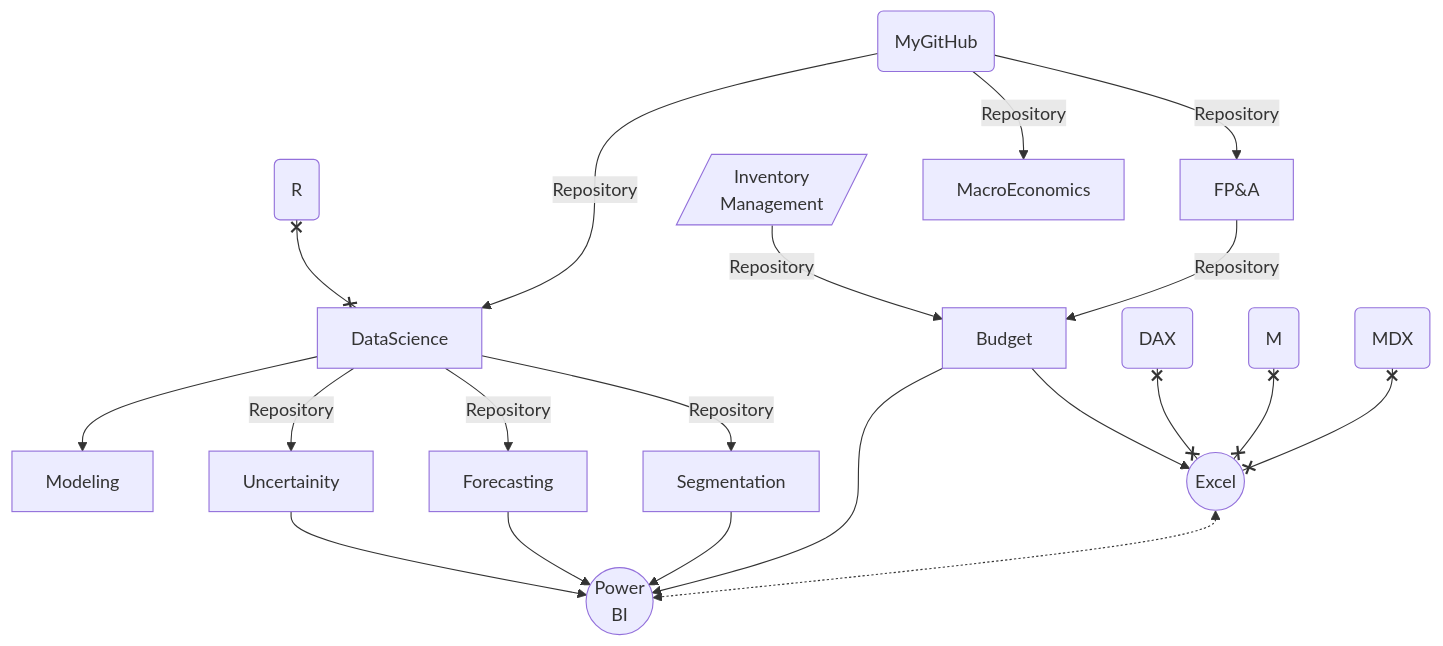
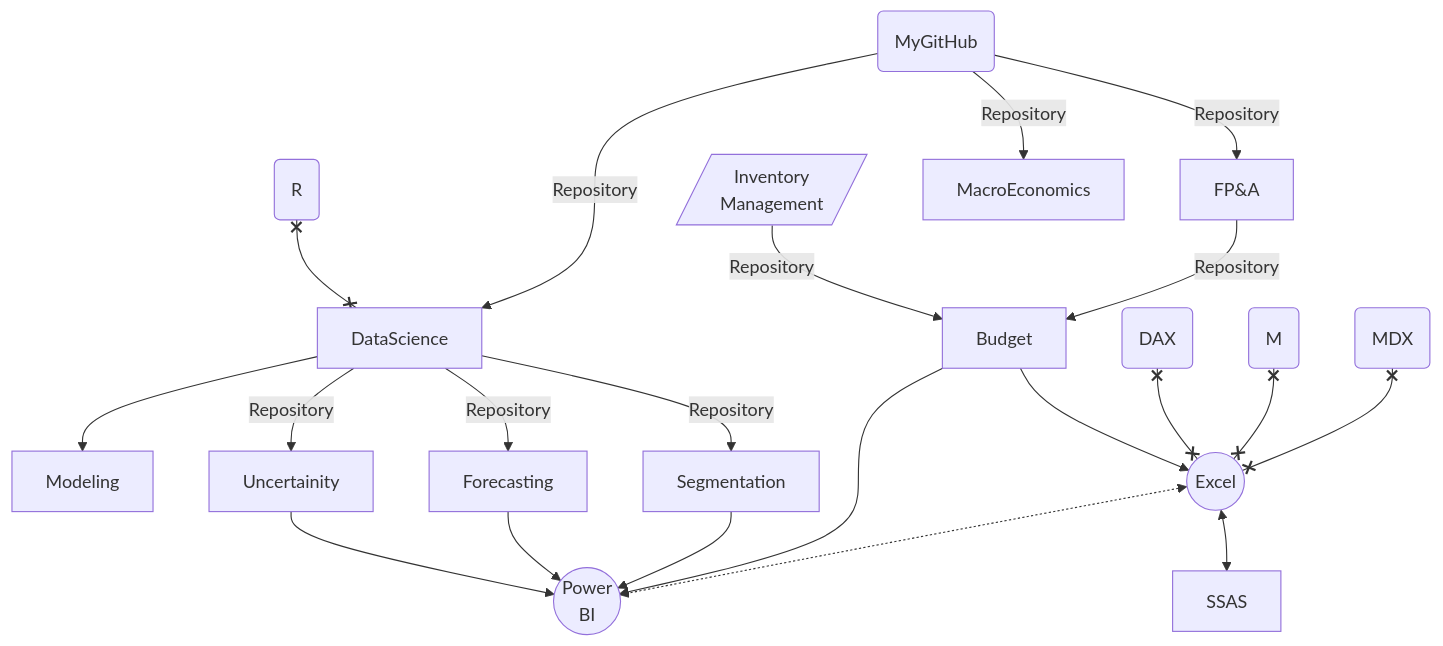
Before and after one commit to md3629/md3629: the diagram in README.md, drawn with Mermaid.

````diff
--- a/README.md
+++ b/README.md
@@ -9,23 +9,23 @@
 ```mermaid
 graph TD;
     my(MyGitHub)-->|Repository|FP&A;
     Inv[/Inventory<br>Management/]-->|Repository|Budget;
     FP&A-->|Repository|Budget;
     R( R )x--xDataScience;
     my(MyGitHub)-->|Repository|DataScience;
     my(MyGitHub)-->|Repository|MacroEconomics;
     DataScience-->Modeling;
     DataScience--Repository-->Forecasting;
     DataScience--Repository-->Segmentation;
     DataScience--Repository-->Uncertainity;
     Uncertainity-->P((Power<br>BI));
     Forecasting-->P((Power<br>BI));
     Segmentation-->P((Power<br>BI));
     Budget-->P((Power<br>BI));
     Budget-->E((Excel));
     D(DAX)x--xE((Excel));
     M(M)x--xE((Excel));
     E((Excel))<-.->P((Power<br>BI));
     A(MDX)x--xE((Excel));
-    
+    E((Excel))<-->SSAS
 ```
````
